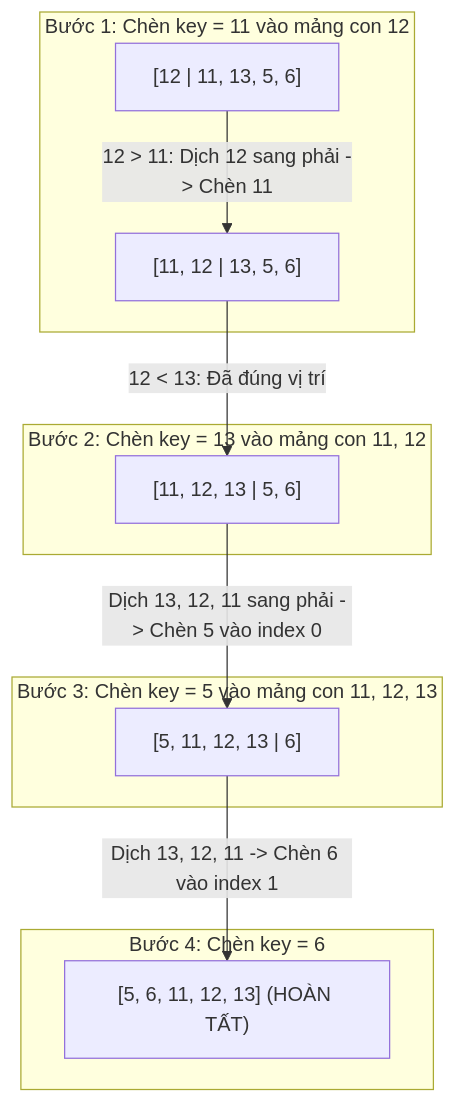
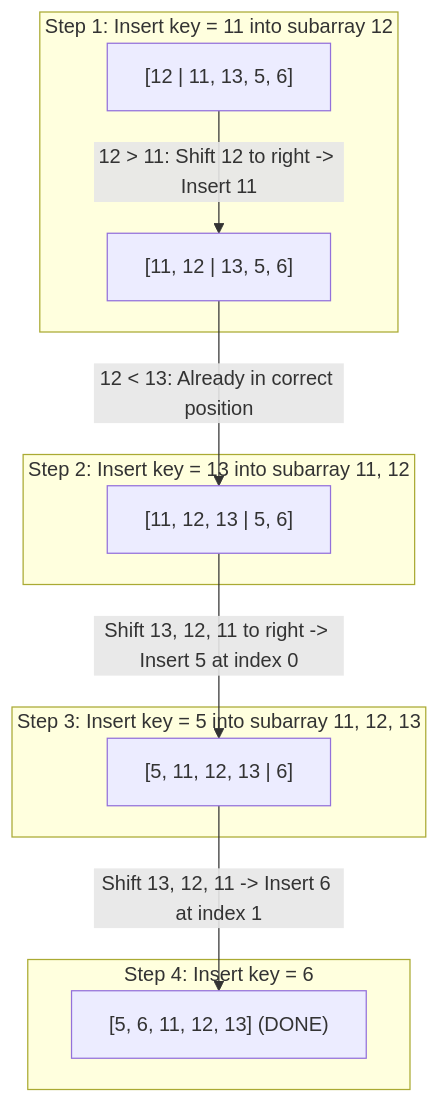
Before and after one commit to ga2631/ga2631.github.io: the diagram in src/data/blog/en/30-2026-06-04-insertion-sort-adaptive-sorting-online-processing-cpp.md, drawn with Mermaid. The commit also changed other lines of this file and 74 other files, not shown here.

````diff
--- a/src/data/blog/en/30-2026-06-04-insertion-sort-adaptive-sorting-online-processing-cpp.md
+++ b/src/data/blog/en/30-2026-06-04-insertion-sort-adaptive-sorting-online-processing-cpp.md
@@ -44,15 +44,15 @@
 ```mermaid
 flowchart TD
-    subgraph Step1 [Bước 1: Chèn key = 11 vào mảng con 12]
-        A1["[12 | 11, 13, 5, 6]"] -->|"12 > 11: Dịch 12 sang phải -> Chèn 11"| A2["[11, 12 | 13, 5, 6]"]
+    subgraph Step1 [Step 1: Insert key = 11 into subarray 12]
+        A1["[12 | 11, 13, 5, 6]"] -->|"12 > 11: Shift 12 to right -> Insert 11"| A2["[11, 12 | 13, 5, 6]"]
     end
-    subgraph Step2 [Bước 2: Chèn key = 13 vào mảng con 11, 12]
-        A2 -->|"12 < 13: Đã đúng vị trí"| A3["[11, 12, 13 | 5, 6]"]
+    subgraph Step2 [Step 2: Insert key = 13 into subarray 11, 12]
+        A2 -->|"12 < 13: Already in correct position"| A3["[11, 12, 13 | 5, 6]"]
     end
-    subgraph Step3 [Bước 3: Chèn key = 5 vào mảng con 11, 12, 13]
-        A3 -->|"Dịch 13, 12, 11 sang phải -> Chèn 5 vào index 0"| A4["[5, 11, 12, 13 | 6]"]
+    subgraph Step3 [Step 3: Insert key = 5 into subarray 11, 12, 13]
+        A3 -->|"Shift 13, 12, 11 to right -> Insert 5 at index 0"| A4["[5, 11, 12, 13 | 6]"]
     end
-    subgraph Step4 [Bước 4: Chèn key = 6]
-        A4 -->|"Dịch 13, 12, 11 -> Chèn 6 vào index 1"| A5["[5, 6, 11, 12, 13] (HOÀN TẤT)"]
+    subgraph Step4 [Step 4: Insert key = 6]
+        A4 -->|"Shift 13, 12, 11 -> Insert 6 at index 1"| A5["[5, 6, 11, 12, 13] (DONE)"]
     end
 ```
````
